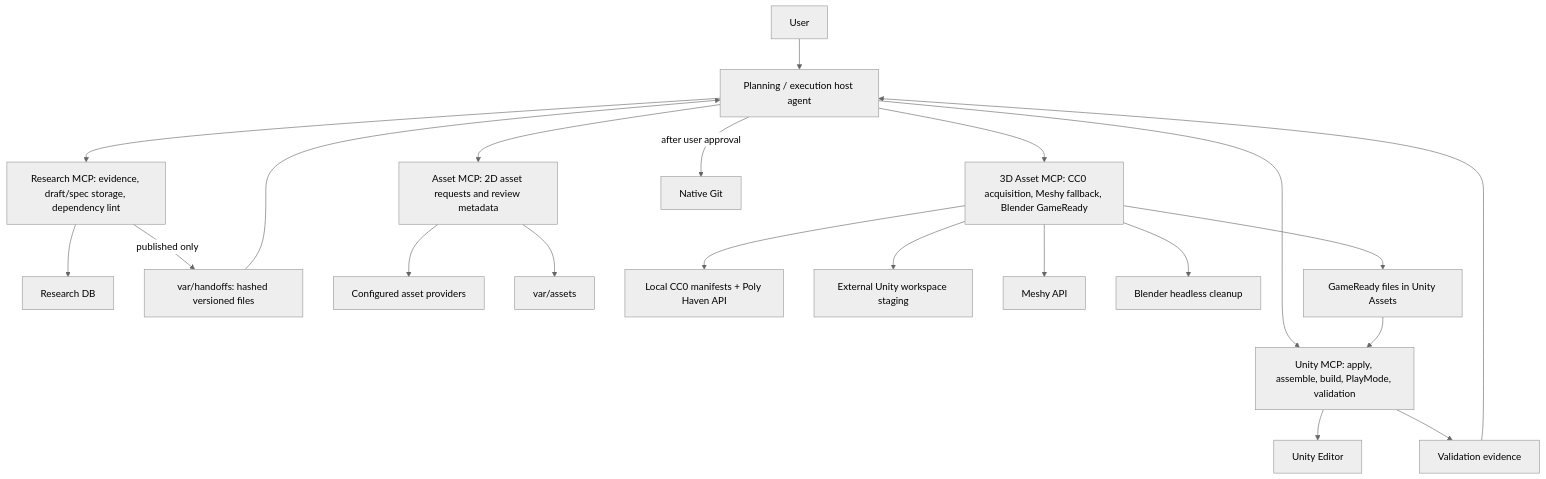
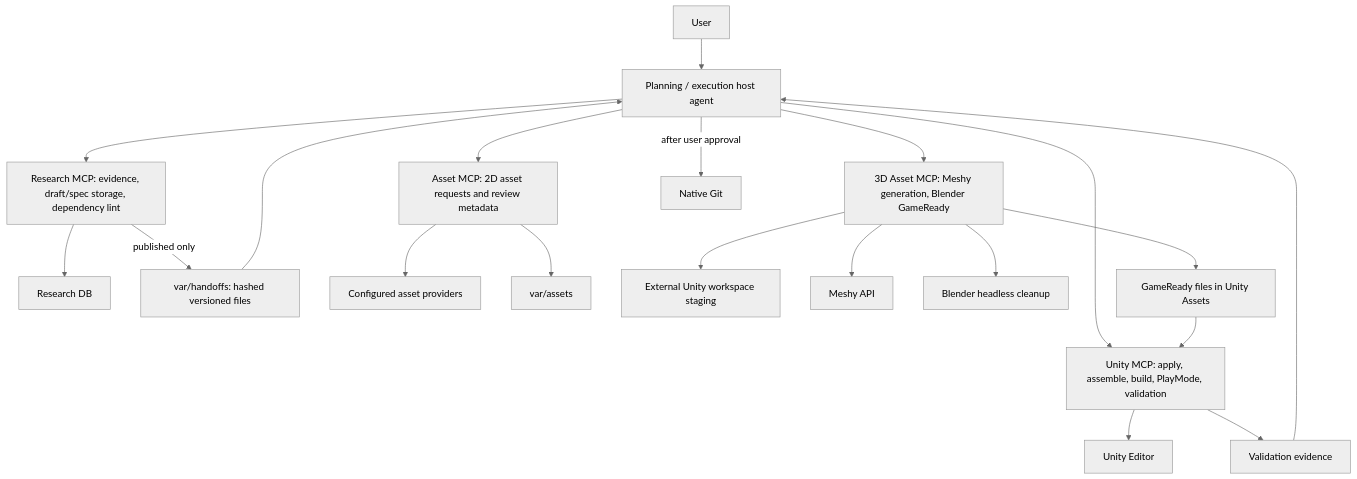
Before and after one commit to JugleGame/Game-Develop-Orchestration: the diagram in docs/architecture.md, drawn with Mermaid (neutral theme). The commit also changed other lines of this file and 5 other files, not shown here.

Commit message:
fix(asset3d): Meshy 전용 생성과 재질 검토 경로로 전환

````diff
--- a/docs/architecture.md
+++ b/docs/architecture.md
@@ -8,20 +8,19 @@
 ```mermaid
 flowchart TB
     U["User"] --> H["Planning / execution host agent"]
     H --> R["Research MCP: evidence, draft/spec storage, dependency lint"]
     H --> N["Unity MCP: apply, assemble, build, PlayMode, validation"]
     H --> A["Asset MCP: 2D asset requests and review metadata"]
-    H --> A3["3D Asset MCP: CC0 acquisition, Meshy fallback, Blender GameReady"]
+    H --> A3["3D Asset MCP: Meshy generation, Blender GameReady"]
     R --> DB["Research DB"]
     R -->|"published only"| HO["var/handoffs: hashed versioned files"] --> H
     N --> UE["Unity Editor"]
     A --> PX["Configured asset providers"]
     A --> V["var/assets"]
-    A3 --> C3["Local CC0 manifests + Poly Haven API"]
     A3 --> R3["External Unity workspace staging"]
     A3 --> M3["Meshy API"]
     A3 --> B3["Blender headless cleanup"]
     A3 --> V3["GameReady files in Unity Assets"] --> N
     N --> E["Validation evidence"] --> H
     H -->|"after user approval"| G["Native Git"]
 ```
````
